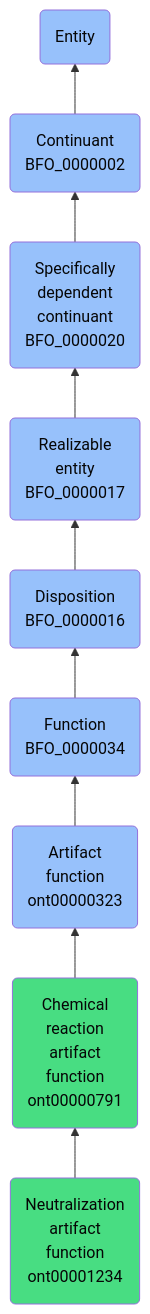
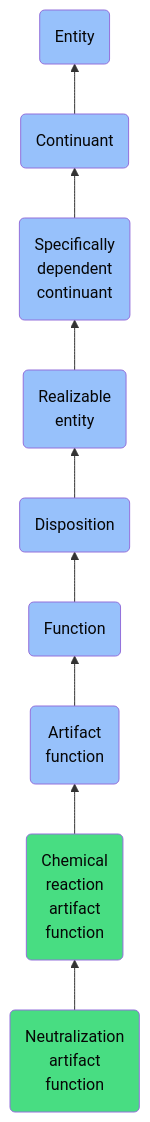
Before and after one commit to jupyter-naas/abi: the diagram in docs/ontology/reference/model/Entity/Continuant/Specifically dependent continuant/Realizable entity/Disposition/Function/Artifact function/Chemical reaction artifact function/Neutralization artifact function/Neutralization artifact function.md, drawn with Mermaid. The commit also changed other lines of this file and 1430 other files, not shown here.

````diff
--- a/docs/ontology/reference/model/Entity/Continuant/Specifically dependent continuant/Realizable entity/Disposition/Function/Artifact function/Chemical reaction artifact function/Neutralization artifact function/Neutralization artifact function.md
+++ b/docs/ontology/reference/model/Entity/Continuant/Specifically dependent continuant/Realizable entity/Disposition/Function/Artifact function/Chemical reaction artifact function/Neutralization artifact function/Neutralization artifact function.md
@@ -24,16 +24,16 @@
 ```mermaid
 graph BT
-    ont00001234(Neutralization<br>artifact<br>function<br>ont00001234):::ABI-->ont00000791
-    ont00000791(Chemical<br>reaction<br>artifact<br>function<br>ont00000791):::ABI-->ont00000323
-    ont00000323(Artifact<br>function<br>ont00000323):::BFO-->BFO_0000034
-    BFO_0000034(Function<br>BFO_0000034):::BFO-->BFO_0000016
-    BFO_0000016(Disposition<br>BFO_0000016):::BFO-->BFO_0000017
-    BFO_0000017(Realizable<br>entity<br>BFO_0000017):::BFO-->BFO_0000020
-    BFO_0000020(Specifically<br>dependent<br>continuant<br>BFO_0000020):::BFO-->BFO_0000002
-    BFO_0000002(Continuant<br>BFO_0000002):::BFO-->BFO_0000001
+    ont00001234(Neutralization<br>artifact<br>function):::ABI-->ont00000791
+    ont00000791(Chemical<br>reaction<br>artifact<br>function):::ABI-->ont00000323
+    ont00000323(Artifact<br>function):::BFO-->BFO_0000034
+    BFO_0000034(Function):::BFO-->BFO_0000016
+    BFO_0000016(Disposition):::BFO-->BFO_0000017
+    BFO_0000017(Realizable<br>entity):::BFO-->BFO_0000020
+    BFO_0000020(Specifically<br>dependent<br>continuant):::BFO-->BFO_0000002
+    BFO_0000002(Continuant):::BFO-->BFO_0000001
     BFO_0000001(Entity):::BFO
     
     classDef BFO fill:#97c1fb,color:#060606
     classDef CCO fill:#e4c51e,color:#060606
     classDef ABI fill:#48DD82,color:#060606
 ```
````
